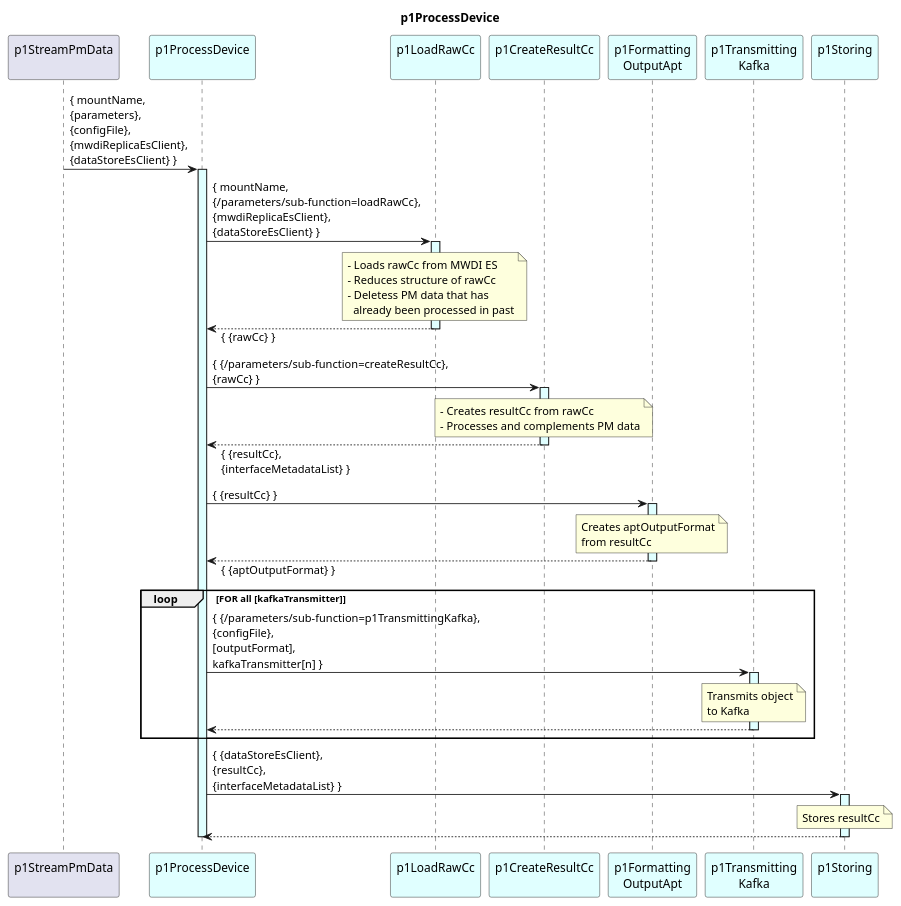
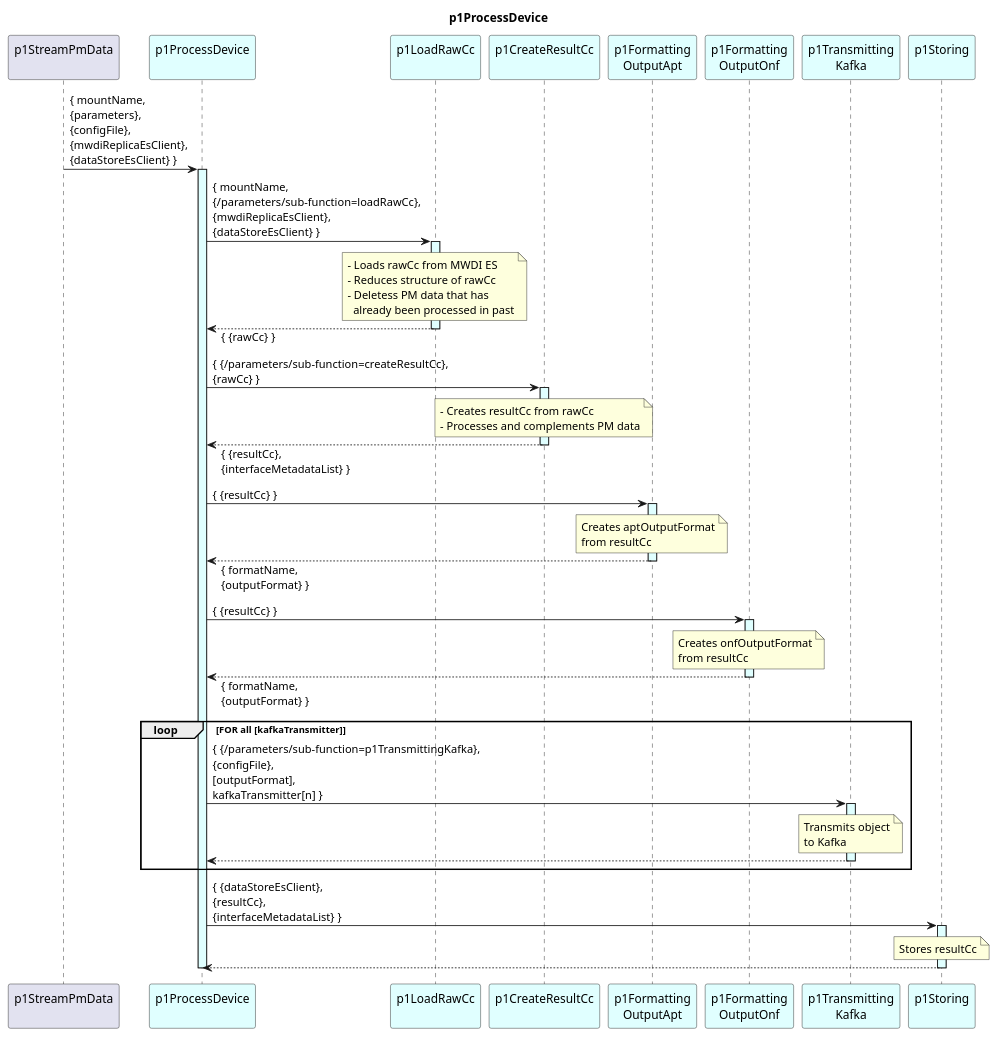
One commit to openBackhaul/DevicePerformanceManagementDataProcessor changed the diagram in spec/Functions/p1StreamPmData/p1ProcessDevice/1.0.0/p1ProcessDevice.plantuml. Above: the diagram before and after it, drawn with PlantUML. The commit also changed 22 other files, not shown here.

```diff
--- a/spec/Functions/p1StreamPmData/p1ProcessDevice/1.0.0/p1ProcessDevice.plantuml
+++ b/spec/Functions/p1StreamPmData/p1ProcessDevice/1.0.0/p1ProcessDevice.plantuml
@@ -1,82 +1,94 @@
 @startuml p1ProcessDevice
 skinparam responseMessageBelowArrow true
 
 title
   p1ProcessDevice
 end title
 
 participant "p1StreamPmData\n" as requestor
 participant "p1ProcessDevice\n" as p1ProOrch #LightCyan
 participant "p1LoadRawCc\n" as p1AddRaw #LightCyan
 participant "p1CreateResultCc\n" as p1CRC #LightCyan
-participant "p1Formatting\nOutputApt" as p1Output #LightCyan
+participant "p1Formatting\nOutputApt" as p1OutputApt #LightCyan
+participant "p1Formatting\nOutputOnf" as p1OutputOnf #LightCyan
 participant "p1Transmitting\nKafka" as p1Trans #LightCyan
 participant "p1Storing\n" as p1Store #LightCyan
 
 
 requestor -> p1ProOrch : { mountName,\n{parameters},\n{configFile},\n{mwdiReplicaEsClient},\n{dataStoreEsClient} }
 activate p1ProOrch #LightCyan
 
   p1ProOrch -> p1AddRaw : { mountName,\n{/parameters/sub-function=loadRawCc},\n{mwdiReplicaEsClient},\n{dataStoreEsClient} }
   activate p1AddRaw #LightCyan
 
     note over p1AddRaw
       - Loads rawCc from MWDI ES
       - Reduces structure of rawCc
       - Deletess PM data that has
         already been processed in past
     end note
 
   p1ProOrch <-- p1AddRaw : { {rawCc} }
   deactivate p1AddRaw
 
   p1ProOrch -> p1CRC : { {/parameters/sub-function=createResultCc},\n{rawCc} }
   activate p1CRC #LightCyan
 
     note over p1CRC
       - Creates resultCc from rawCc
       - Processes and complements PM data
     end note
 
   p1ProOrch <-- p1CRC :  { {resultCc},\n{interfaceMetadataList} }
   deactivate p1CRC
 
-  p1ProOrch -> p1Output : { {resultCc} }
-  activate p1Output #LightCyan
+  p1ProOrch -> p1OutputApt : { {resultCc} }
+  activate p1OutputApt #LightCyan
 
-    note over p1Output
+    note over p1OutputApt
       Creates aptOutputFormat
       from resultCc
     end note
 
-  p1ProOrch <-- p1Output : { {aptOutputFormat} }
-  deactivate p1Output
+  p1ProOrch <-- p1OutputApt : { formatName,\n{outputFormat} }
+  deactivate p1OutputApt
+
+  p1ProOrch -> p1OutputOnf : { {resultCc} }
+  activate p1OutputOnf #LightCyan
+
+    note over p1OutputOnf
+      Creates onfOutputFormat
+      from resultCc
+    end note
+
+  p1ProOrch <-- p1OutputOnf : { formatName,\n{outputFormat} }
+  deactivate p1OutputOnf
 
   loop FOR all [kafkaTransmitter]
 
     p1ProOrch -> p1Trans : { {/parameters/sub-function=p1TransmittingKafka},\n{configFile},\n[outputFormat],\nkafkaTransmitter[n] }
     activate p1Trans #LightCyan
 
       note over p1Trans
         Transmits object
         to Kafka
       end note
 
     p1ProOrch <-- p1Trans
     deactivate p1Trans
 
   end loop
 
   p1ProOrch -> p1Store : { {dataStoreEsClient},\n{resultCc},\n{interfaceMetadataList} }
   activate p1Store #LightCyan
 
     note over p1Store
       Stores resultCc
     end note
 
   p1ProOrch <-- p1Store
   deactivate p1Store
 
 deactivate p1ProOrch
 
 @enduml
```
